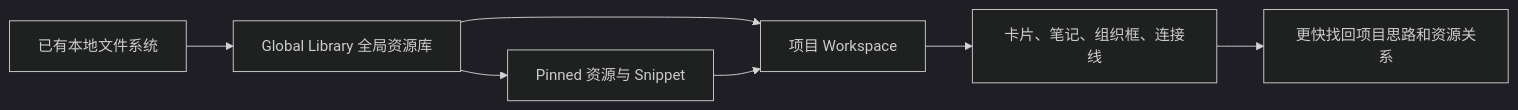
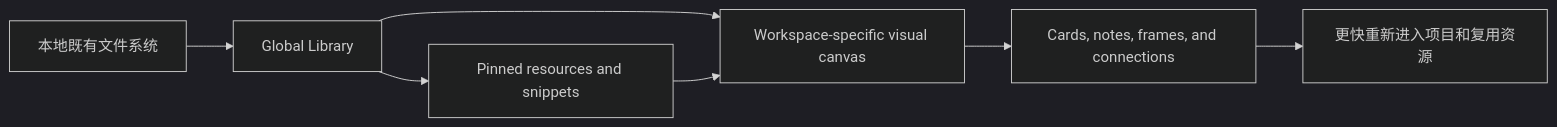
The second of 2 diagrams in README.md (QiushanHuang/MindDesk), drawn with Mermaid (dark theme) before and after one commit. The commit also changed other lines of this file and 5 other files, not shown here.

````diff
--- a/README.md
+++ b/README.md
@@ -411,9 +388,9 @@
 ```mermaid
 flowchart LR
-    A["已有本地文件系统"] --> B["Global Library 全局资源库"]
-    B --> C["项目 Workspace"]
-    C --> D["卡片、笔记、组织框、连接线"]
-    D --> E["更快找回项目思路和资源关系"]
-    B --> F["Pinned 资源与 Snippet"]
+    A["本地既有文件系统"] --> B["Global Library"]
+    B --> C["Workspace-specific visual canvas"]
+    C --> D["Cards, notes, frames, and connections"]
+    D --> E["更快重新进入项目和复用资源"]
+    B --> F["Pinned resources and snippets"]
     F --> C
 ```
````
